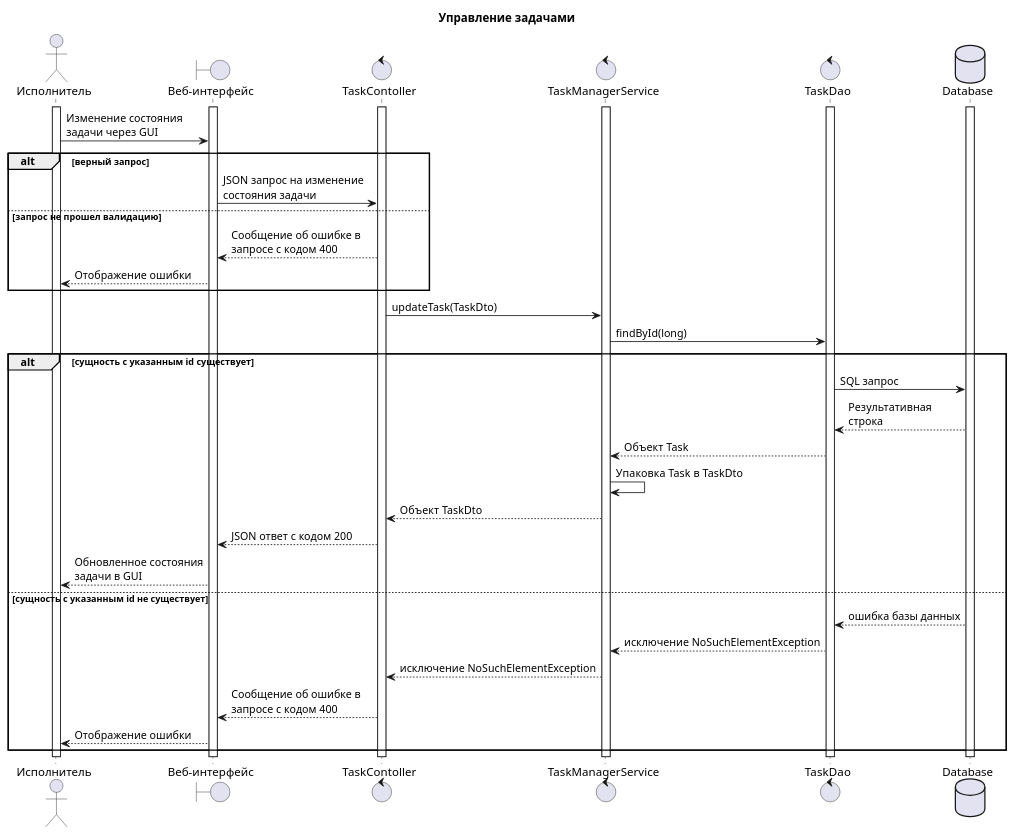
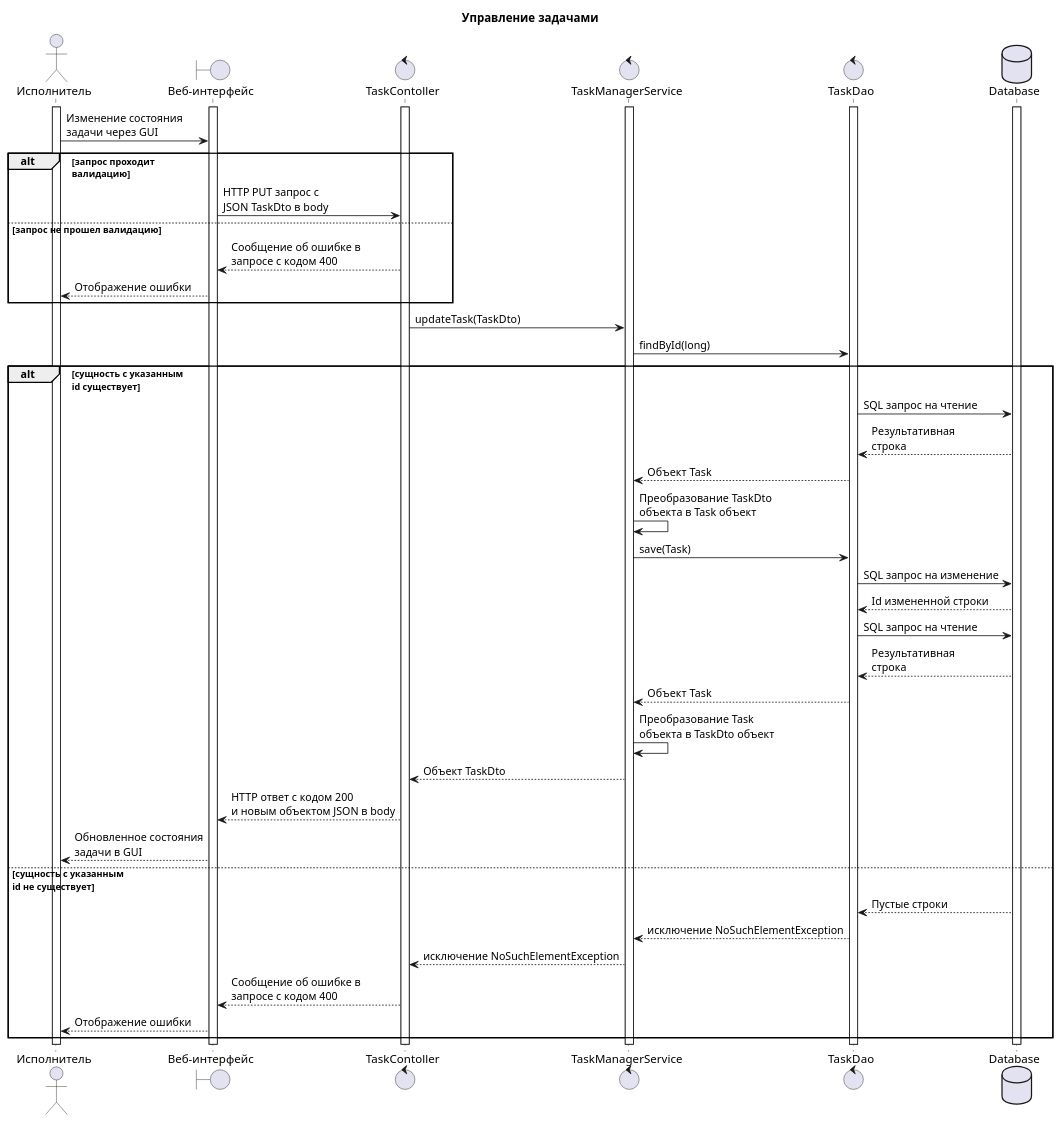
Before and after one commit to penamarth/bsbo-02-21_team_var7_erp: the diagram in Sequence/manage-task-sequence.wsd, drawn with PlantUML. The commit also changed 1 other file, not shown here.

Commit message:
Исправил диаграмму последовательностей и описание

```diff
--- a/Sequence/manage-task-sequence.wsd
+++ b/Sequence/manage-task-sequence.wsd
@@ -1,44 +1,51 @@
 @startuml sequence
 title Управление задачами
 
 actor Исполнитель as exec
 boundary "Веб-интерфейс" as site
 control TaskContoller as tcont
 control TaskManagerService as tmserv
 control TaskDao as tdao
 database Database as db
 
 activate exec
 activate site
 activate db
 activate tcont
 activate tmserv
 activate tdao
 exec -> site : Изменение состояния\nзадачи через GUI
 
-alt верный запрос
-site -> tcont : JSON запрос на изменение\nсостояния задачи
+alt запрос проходит\nвалидацию
+site -> tcont : HTTP PUT запрос с\nJSON TaskDto в body
 else запрос не прошел валидацию
 site <-- tcont : Сообщение об ошибке в\nзапросе с кодом 400
 exec <-- site : Отображение ошибки
 end
 tcont -> tmserv : updateTask(TaskDto)
 tmserv -> tdao : findById(long)
 
-alt сущность с указанным id существует
-tdao -> db : SQL запрос
+alt сущность с указанным\nid существует
+tdao -> db : SQL запрос на чтение
 tdao <-- db : Результативная\nстрока
 tmserv <-- tdao : Объект Task
-tmserv -> tmserv : Упаковка Task в TaskDto
+tmserv -> tmserv : Преобразование TaskDto\nобъекта в Task объект
+tmserv -> tdao : save(Task)
+tdao -> db : SQL запрос на изменение
+tdao <-- db : Id измененной строки
+tdao -> db : SQL запрос на чтение
+tdao <-- db : Результативная\nстрока
+tmserv <-- tdao : Объект Task
+tmserv -> tmserv : Преобразование Task\nобъекта в TaskDto объект
 tcont <-- tmserv : Объект TaskDto
-site <-- tcont : JSON ответ с кодом 200
+site <-- tcont : HTTP ответ с кодом 200\nи новым объектом JSON в body
 exec <-- site : Обновленное состояния\nзадачи в GUI
-else сущность с указанным id не существует
-tdao <-- db : ошибка базы данных
+else сущность с указанным\nid не существует
+tdao <-- db : Пустые строки
 tmserv <-- tdao : исключение NoSuchElementException
 tcont <-- tmserv : исключение NoSuchElementException
 site <-- tcont : Сообщение об ошибке в\nзапросе с кодом 400
 exec <-- site : Отображение ошибки
 end
 
 @enduml
```
